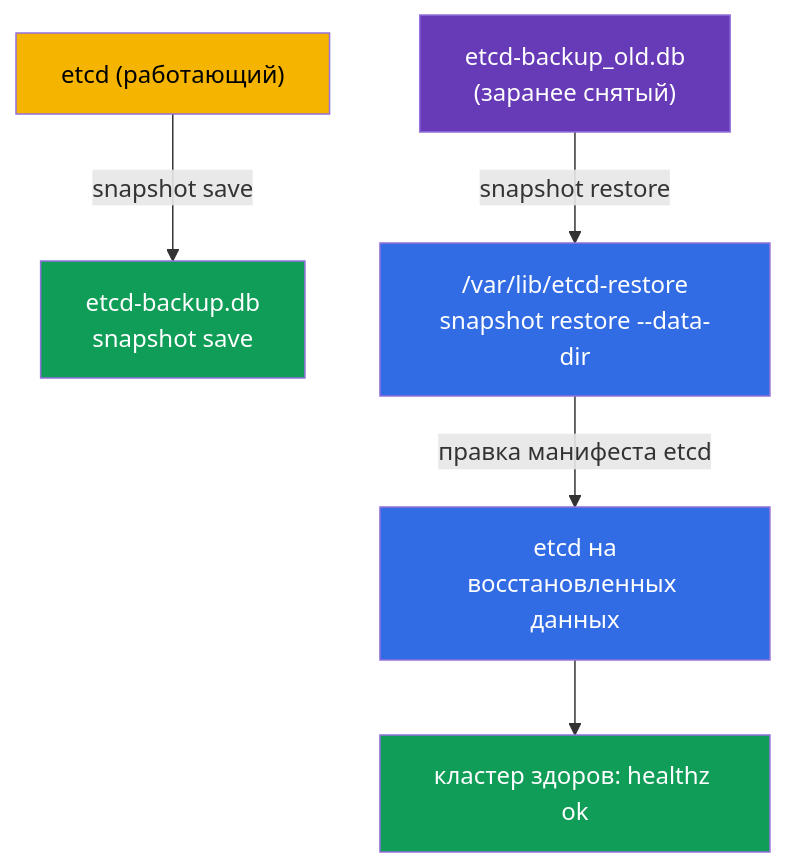
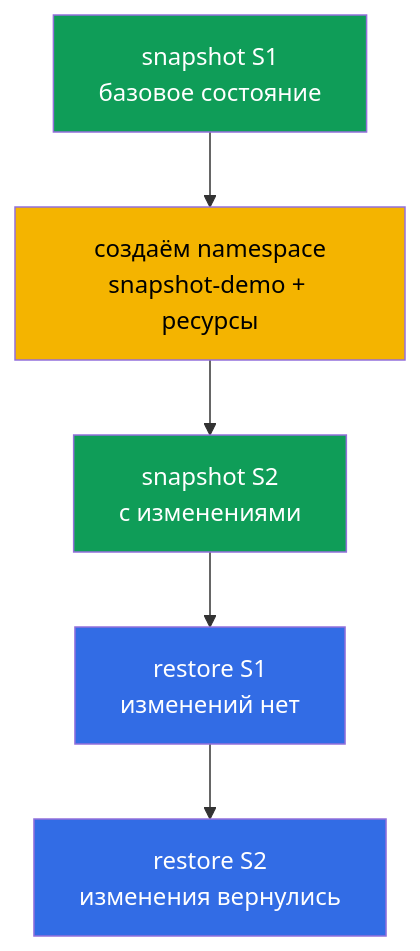
One commit to ViktorUJ/cks changed the diagram in tasks/cka/labs/112/README_RU.MD. Above: the diagram before and after it, drawn with Mermaid. The commit also changed other lines of this file and 3 other files, not shown here.

````diff
--- a/tasks/cka/labs/112/README_RU.MD
+++ b/tasks/cka/labs/112/README_RU.MD
@@ -34,19 +37,17 @@
 ```mermaid
 flowchart TB
-    a["etcd (работающий)"]
-    b["etcd-backup.db<br>snapshot save"]
-    old["etcd-backup_old.db<br>(заранее снятый)"]
-    c["/var/lib/etcd-restore<br>snapshot restore --data-dir"]
-    d["etcd на<br>восстановленных данных"]
-    e["кластер здоров: healthz ok"]
-    a -->|"snapshot save"| b
-    old -->|"snapshot restore"| c
-    c -->|"правка манифеста etcd"| d
-    d --> e
-    style a fill:#f4b400,color:#000
-    style b fill:#0f9d58,color:#fff
-    style old fill:#673ab7,color:#fff
-    style c fill:#326ce5,color:#fff
-    style d fill:#326ce5,color:#fff
-    style e fill:#0f9d58,color:#fff
+    s1["snapshot S1<br>базовое состояние"]
+    change["создаём namespace<br>snapshot-demo + ресурсы"]
+    s2["snapshot S2<br>с изменениями"]
+    r1["restore S1<br>изменений нет"]
+    r2["restore S2<br>изменения вернулись"]
+    s1 --> change
+    change --> s2
+    s2 --> r1
+    r1 --> r2
+    style s1 fill:#0f9d58,color:#fff
+    style change fill:#f4b400,color:#000
+    style s2 fill:#0f9d58,color:#fff
+    style r1 fill:#326ce5,color:#fff
+    style r2 fill:#326ce5,color:#fff
 ```
````
